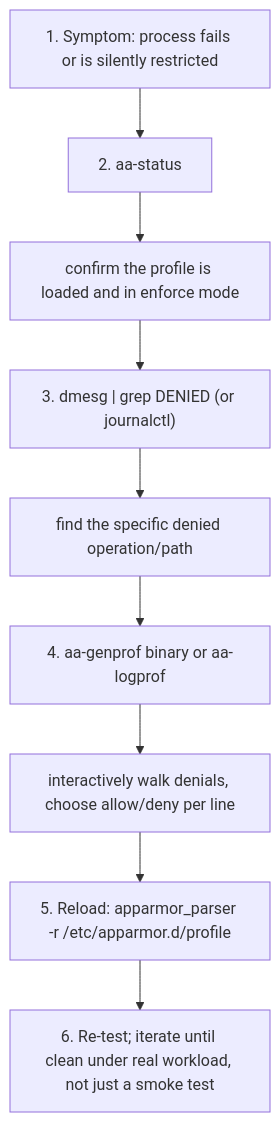
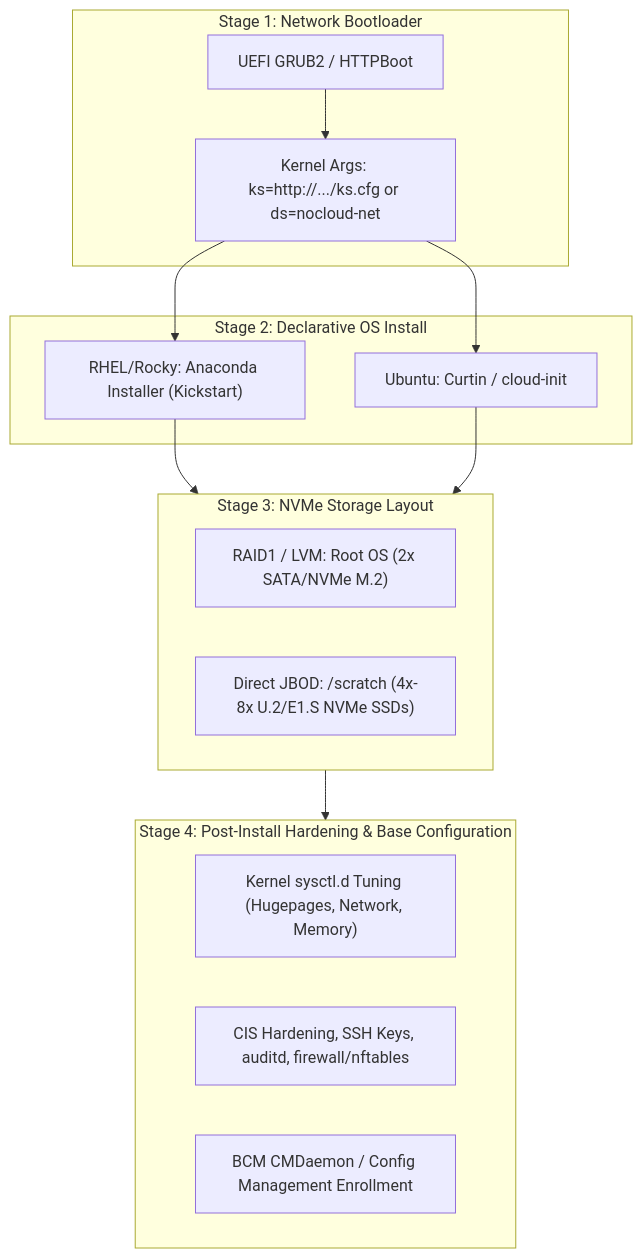
Before and after one commit to jithinpnjm/nvidia-devops: the first of 2 diagrams in docs/volume-10/03-os-provisioning-and-linux-security-hardening.md, drawn with Mermaid. The commit also changed other lines of this file and 13 other files, not shown here.

Commit message:
docs(volume-10): deep-dive enhancements for AI Factory and Solutions Architect interview readiness

````diff
--- a/docs/volume-10/03-os-provisioning-and-linux-security-hardening.md
+++ b/docs/volume-10/03-os-provisioning-and-linux-security-hardening.md
@@ -260,11 +21,30 @@
 ```mermaid
 flowchart TD
-    A["1. Symptom: process fails or is silently restricted"] --> B["2. aa-status"]
-    B --> B2["confirm the profile is loaded and in enforce mode"]
-    B2 --> C["3. dmesg | grep DENIED (or journalctl)"]
-    C --> C2["find the specific denied operation/path"]
-    C2 --> D["4. aa-genprof binary or aa-logprof"]
-    D --> D2["interactively walk denials, choose allow/deny per line"]
-    D2 --> E["5. Reload: apparmor_parser -r /etc/apparmor.d/profile"]
-    E --> F["6. Re-test; iterate until clean under real workload, not just a smoke test"]
+    subgraph Boot["Stage 1: Network Bootloader"]
+        GRUB["UEFI GRUB2 / HTTPBoot"]
+        K_PARAM["Kernel Args: ks=http://.../ks.cfg or ds=nocloud-net"]
+    end
+
+    subgraph Provisioning["Stage 2: Declarative OS Install"]
+        ANACONDA["RHEL/Rocky: Anaconda Installer (Kickstart)"]
+        CURTIN["Ubuntu: Curtin / cloud-init"]
+    end
+
+    subgraph Partitioning["Stage 3: NVMe Storage Layout"]
+        OS_MIRROR["RAID1 / LVM: Root OS (2x SATA/NVMe M.2)"]
+        NVME_SCRATCH["Direct JBOD: /scratch (4x-8x U.2/E1.S NVMe SSDs)"]
+    end
+
+    subgraph PostInstall["Stage 4: Post-Install Hardening & Base Configuration"]
+        SYSCTL["Kernel sysctl.d Tuning (Hugepages, Network, Memory)"]
+        SECURITY["CIS Hardening, SSH Keys, auditd, firewall/nftables"]
+        AGENT["BCM CMDaemon / Config Management Enrollment"]
+    end
+
+    GRUB --> K_PARAM
+    K_PARAM --> ANACONDA
+    K_PARAM --> CURTIN
+    ANACONDA --> Partitioning
+    CURTIN --> Partitioning
+    Partitioning --> PostInstall
 ```
````
